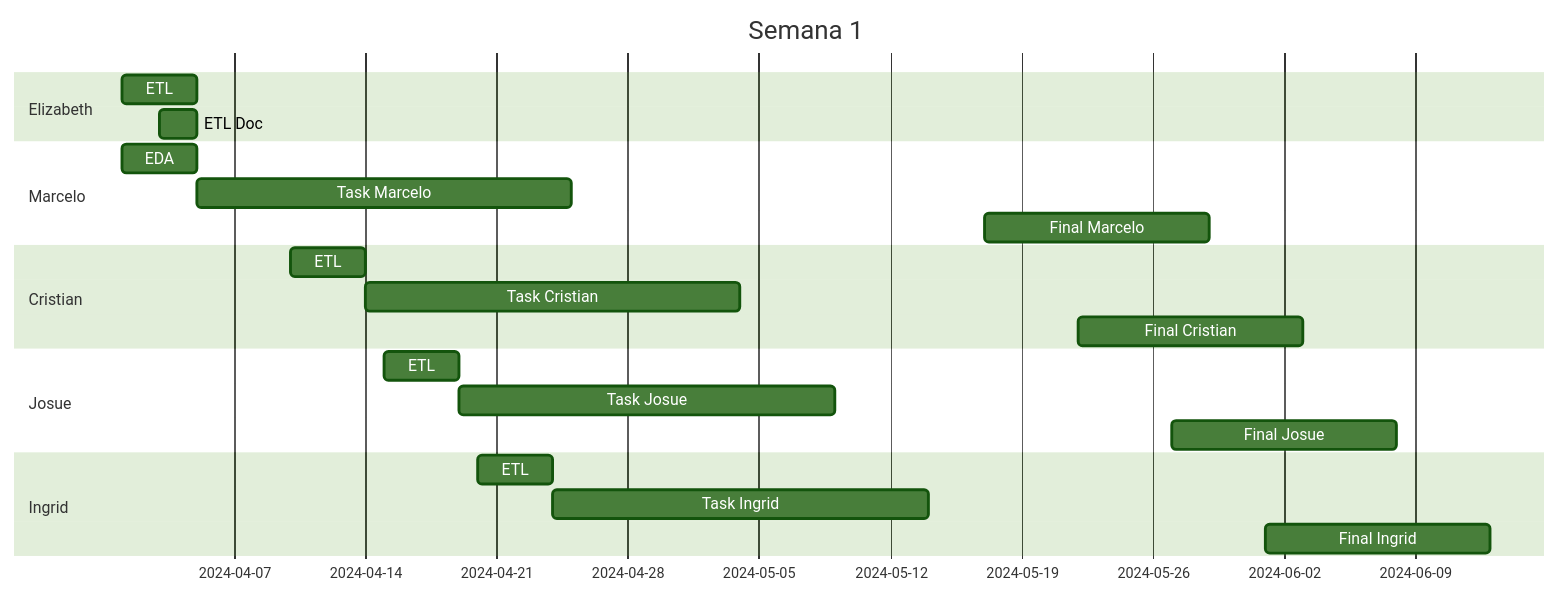
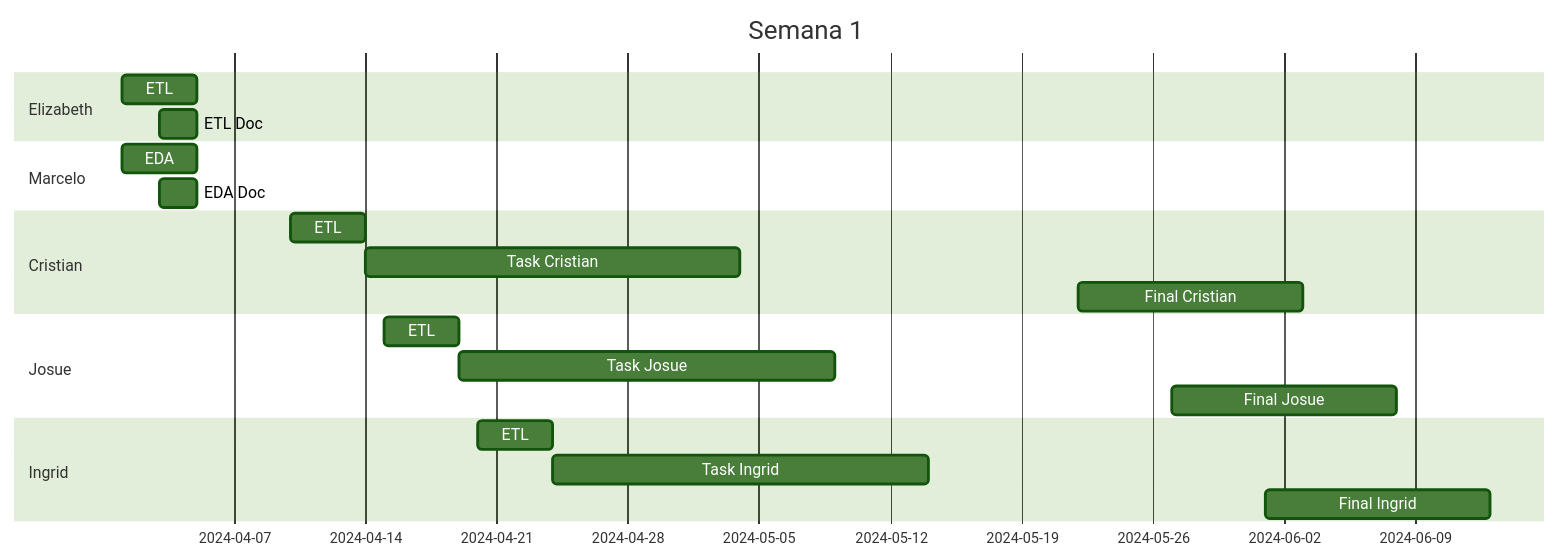
One commit to Beth-94/testmermaid changed the diagram in README.md. Above: the diagram before and after it, drawn with Mermaid (forest theme).

````diff
--- a/README.md
+++ b/README.md
@@ -8,30 +8,29 @@
 ```mermaid
 gantt
     title Semana 1
 
   section Elizabeth
     ETL           :a1, 2024-04-01, 4d
     ETL Doc    :after a1, 2024-04-03, 2d
 
     section Marcelo
     EDA           :a2, 2024-04-01, 4d
-    Task Marcelo    :after a2 + 2d, 20d
-    Final Marcelo    : 2024-05-17  , 12d
+    EDA Doc       :2024-04-03, 2d
 
     section Cristian
      ETL           :a3, 2024-04-10, 4d
     Task Cristian    :after a3 + 2d, 20d
     Final Cristian    : 2024-05-22  , 12d
 
     section Josue
      ETL           :a4, 2024-04-15, 4d
     Task Josue    :after a4 + 2d, 20d
     Final Josue    : 2024-05-27  , 12d
 
     section Ingrid
      ETL           :a5, 2024-04-20, 4d
     Task Ingrid    :after a5 + 2d, 20d
     Final Ingrid    : 2024-06-01  , 12d
 
 
 ```
````
